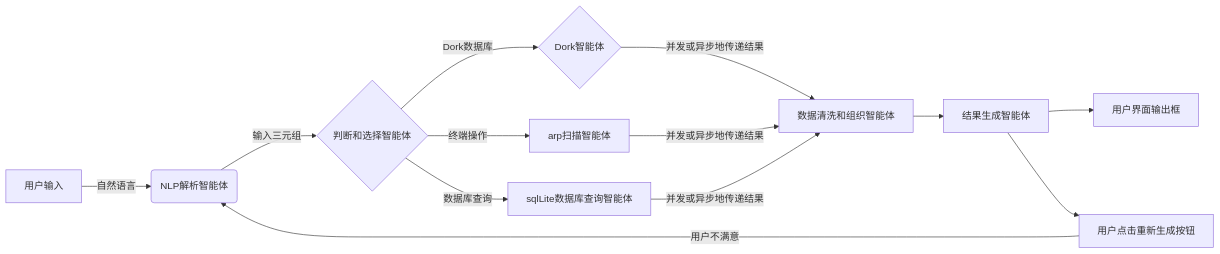
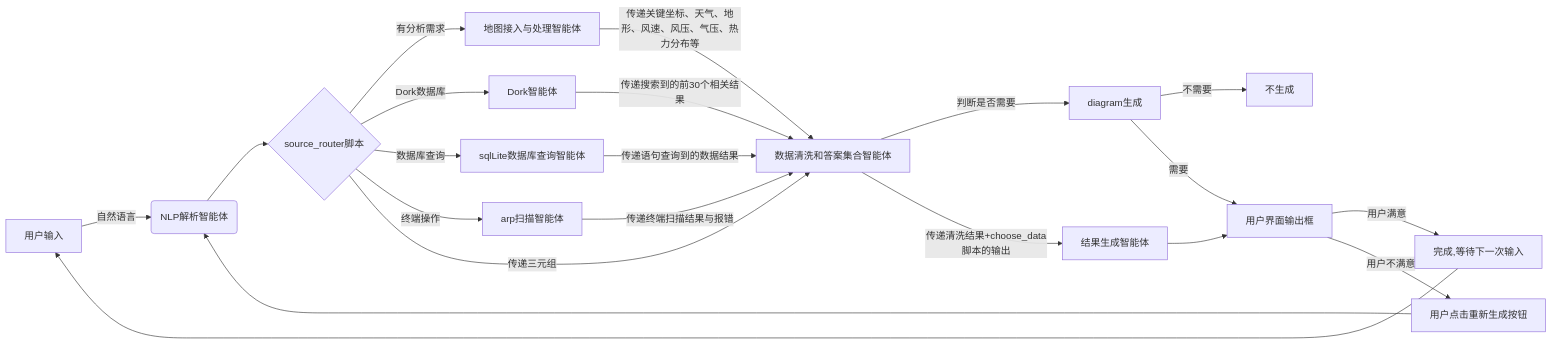
The first of 2 diagrams in README.md (OSchengdu/SynthIQNexus), drawn with Mermaid before and after one commit. The commit also changed other lines of this file, not shown here.

````diff
--- a/README.md
+++ b/README.md
@@ -5,12 +5,31 @@
 ```mermaid
-graph LR 
+graph LR
     A[用户输入] --> |自然语言| B(NLP解析智能体)
-    B --> |输入三元组| C{判断和选择智能体}
-    C-->|Dork数据库| D{Dork智能体}
-    C -->|数据库查询| Z[sqlLite数据库查询智能体]
+    H --> |用户满意| 完成,等待下一次输入 --> A
+    B --> C{source_router脚本}
+    
+    C --> |有分析需求| Y[地图接入与处理智能体]
+    Y --> |传递关键坐标、天气、地形、风速、风压、气压、热力分布等| F[数据清洗和答案集合智能体]
+    
+    C --> |Dork数据库| D[Dork智能体]
+    D --> |传递搜索到的前30个相关结果| F
+    
+    C --> |数据库查询| Z[sqlLite数据库查询智能体]
+    Z --> |传递语句查询到的数据结果| F
+    
     C --> |终端操作| E[arp扫描智能体]
-    D & E & Z--> |并发或异步地传递结果| F[数据清洗和组织智能体]
-    F --> G[结果生成智能体]
-    G --> H[用户界面输出框]
-    G --> J[用户点击重新生成按钮] --> |用户不满意| B
+    E --> |传递终端扫描结果与报错| F
+    
+    C --> |传递三元组| F
+    
+    F --> |判断是否需要| M[diagram生成]
+    M --> |不需要| Q[不生成]
+    M --> |需要| H[用户界面输出框]
+    
+    F --> |传递清洗结果+choose_data脚本的输出| G[结果生成智能体]
+    G --> H
+    
+
+    H --> |用户不满意| J[用户点击重新生成按钮]
+    J --> B
 ```
````
